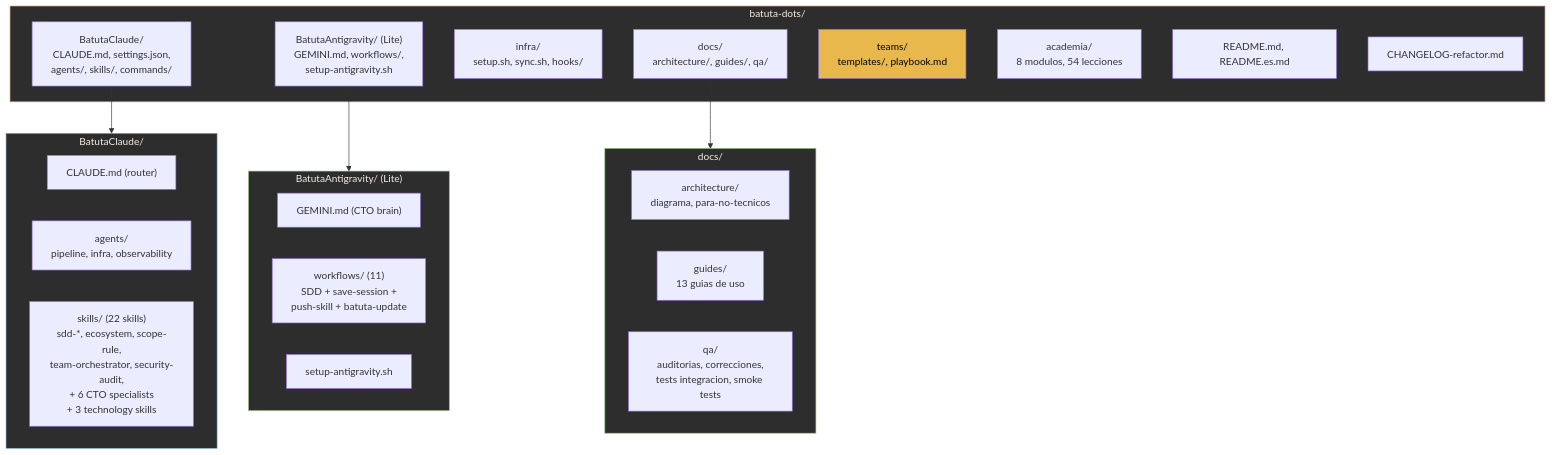
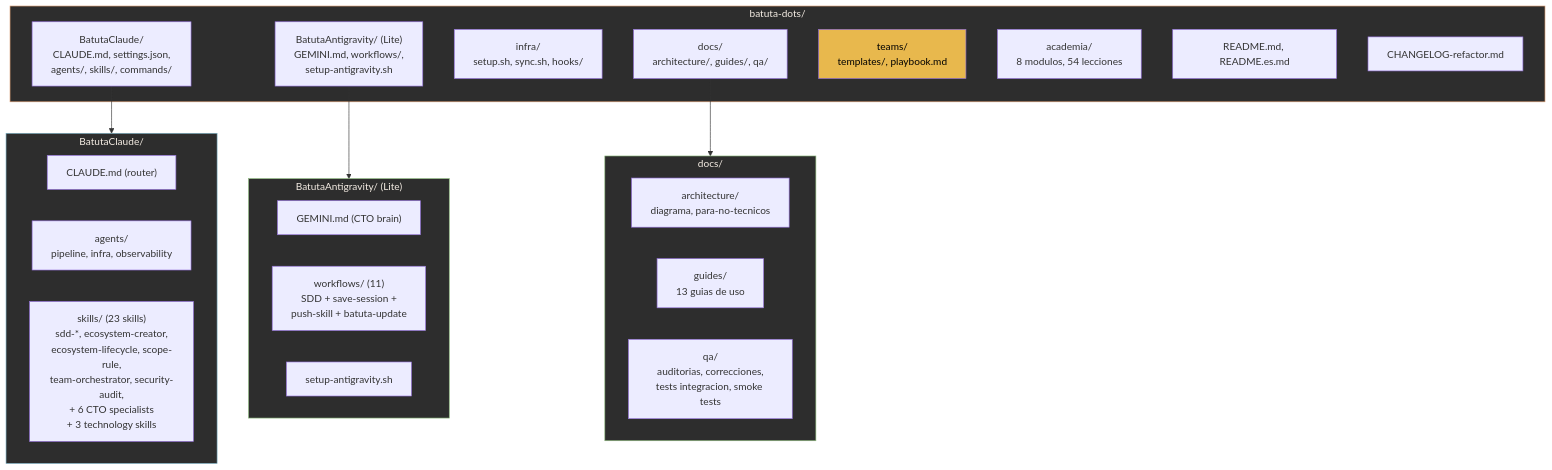
One commit to jota-batuta/batuta-dots changed diagram 24 of 24 in docs/architecture/arquitectura-diagrama.md. Above: the diagram before and after it, drawn with Mermaid. The commit also changed other lines of this file and 21 other files, not shown here.

First line of the commit message:
feat: ecosystem-lifecycle skill, /batuta-sync, self-heal, two-layer config (v12)

````diff
--- a/docs/architecture/arquitectura-diagrama.md
+++ b/docs/architecture/arquitectura-diagrama.md
@@ -846,41 +892,41 @@
 ```mermaid
 flowchart TD
     subgraph ROOT["batuta-dots/"]
         CLAUDE_DIR["BatutaClaude/<br/>CLAUDE.md, settings.json,<br/>agents/, skills/, commands/"]
         ANTIGRAVITY_DIR["BatutaAntigravity/ (Lite)<br/>GEMINI.md, workflows/,<br/>setup-antigravity.sh"]
         INFRA_DIR["infra/<br/>setup.sh, sync.sh, hooks/"]
         DOCS["docs/<br/>architecture/, guides/, qa/"]
         TEAMS["teams/<br/>templates/, playbook.md"]
         ACADEMIA["academia/<br/>8 modulos, 54 lecciones"]
         README["README.md, README.es.md"]
         CHANGELOG["CHANGELOG-refactor.md"]
     end
 
     subgraph CLAUDE_DETAIL["BatutaClaude/"]
         CLAUDE_MD["CLAUDE.md (router)"]
         AGENTS["agents/<br/>pipeline, infra, observability"]
-        SKILLS_22["skills/ (22 skills)<br/>sdd-*, ecosystem, scope-rule,<br/>team-orchestrator, security-audit,<br/>+ 6 CTO specialists<br/>+ 3 technology skills"]
+        SKILLS_23["skills/ (23 skills)<br/>sdd-*, ecosystem-creator,<br/>ecosystem-lifecycle, scope-rule,<br/>team-orchestrator, security-audit,<br/>+ 6 CTO specialists<br/>+ 3 technology skills"]
     end
 
     subgraph ANTIGRAVITY_DETAIL["BatutaAntigravity/ (Lite)"]
         GEMINI_MD["GEMINI.md (CTO brain)"]
         WORKFLOWS["workflows/ (11)<br/>SDD + save-session +<br/>push-skill + batuta-update"]
         SETUP_AG["setup-antigravity.sh"]
     end
 
     subgraph DOCS_DETAIL["docs/"]
         ARCH["architecture/<br/>diagrama, para-no-tecnicos"]
         GUIDES["guides/<br/>13 guias de uso"]
         QA["qa/<br/>auditorias, correcciones,<br/>tests integracion, smoke tests"]
     end
 
     CLAUDE_DIR --> CLAUDE_DETAIL
     ANTIGRAVITY_DIR --> ANTIGRAVITY_DETAIL
     DOCS --> DOCS_DETAIL
 
     style ROOT fill:#2d2d2d,stroke:#D4956A,color:#F5EDE4
     style CLAUDE_DETAIL fill:#2d2d2d,stroke:#7AAFC4,color:#F5EDE4
     style ANTIGRAVITY_DETAIL fill:#2d2d2d,stroke:#8BB87A,color:#F5EDE4
     style DOCS_DETAIL fill:#2d2d2d,stroke:#8BB87A,color:#F5EDE4
     style TEAMS fill:#E8B84D,color:#000
 ```
````
